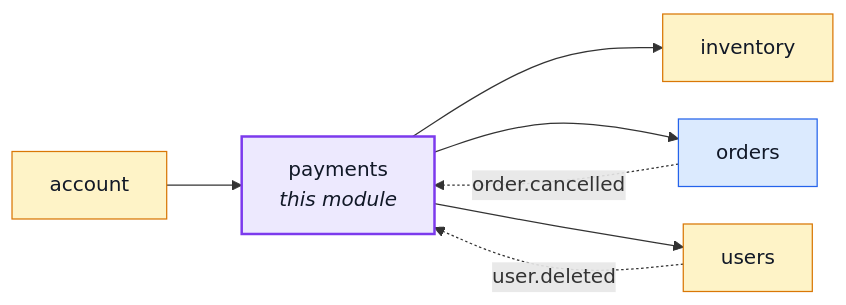
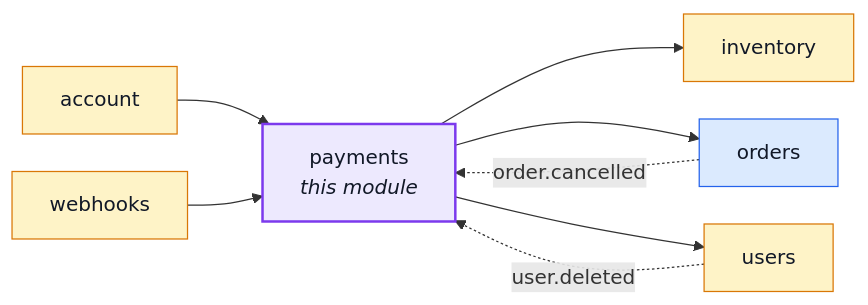
Before and after one commit to Guebbit/boilerplate-node-backend: the first of 3 diagrams in docs/modules/payments.md, drawn with Mermaid. The commit also changed 71 other files, not shown here.

````diff
--- a/docs/modules/payments.md
+++ b/docs/modules/payments.md
@@ -16,24 +16,26 @@
 ```mermaid
 %%{init: {'flowchart': {'nodeSpacing': 30, 'rankSpacing': 60}}}%%
 flowchart LR
     payments["payments<br/><i>this module</i>"]
     account["account"]
     inventory["inventory"]
     orders["orders"]
     users["users"]
+    webhooks["webhooks"]
 
     account --> payments
+    webhooks --> payments
     payments --> inventory
     payments --> orders
     payments --> users
     orders -. "order.cancelled" .-> payments
     users -. "user.deleted" .-> payments
 
     classDef core fill:#dbeafe,stroke:#2563eb,color:#111827;
     classDef supporting fill:#fef3c7,stroke:#d97706,color:#111827;
     classDef generic fill:#dcfce7,stroke:#16a34a,color:#111827;
     classDef centre fill:#ede9fe,stroke:#7c3aed,stroke-width:2px,color:#111827;
     class orders core;
-    class account,inventory,users supporting;
+    class account,inventory,users,webhooks supporting;
     class payments centre;
 ```
````
